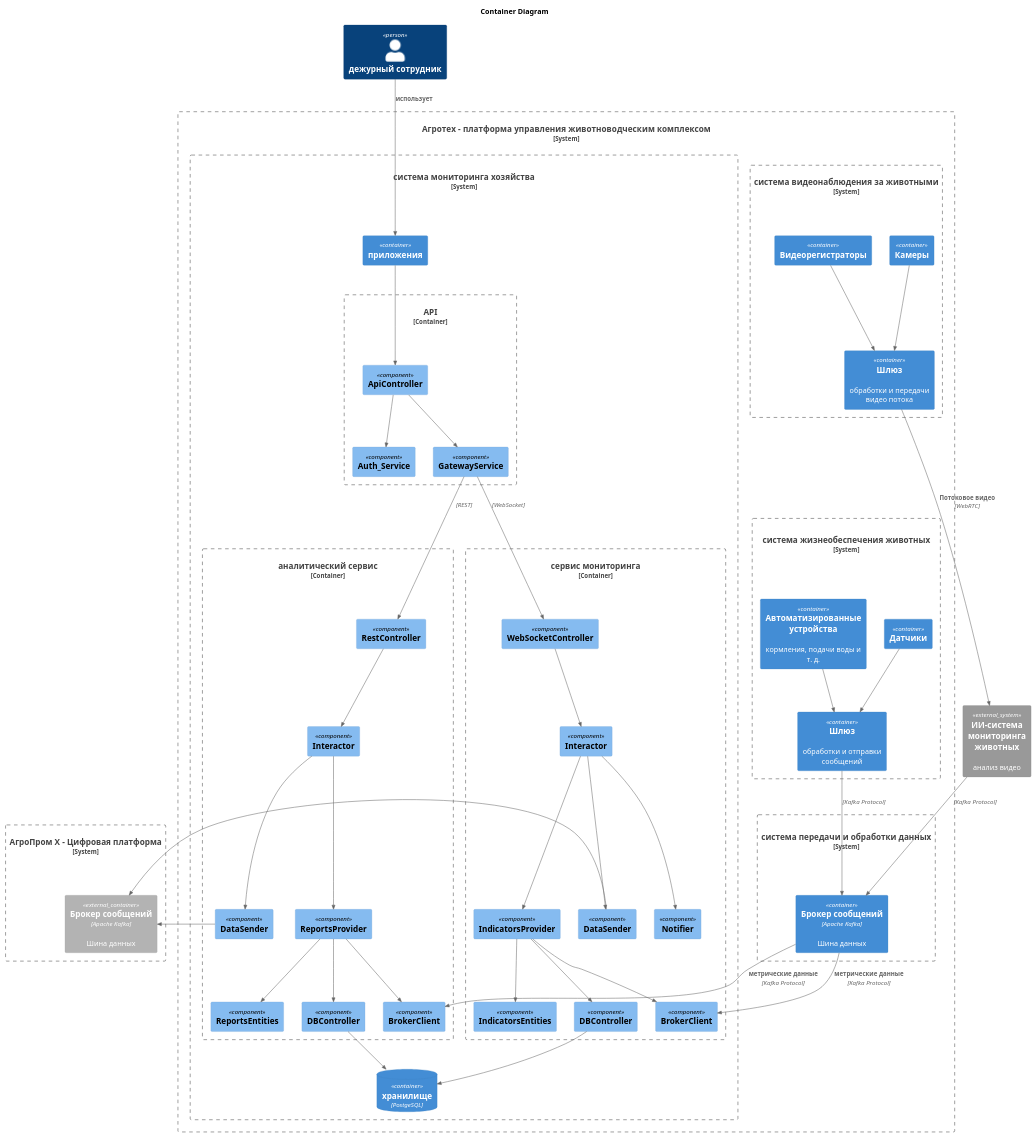
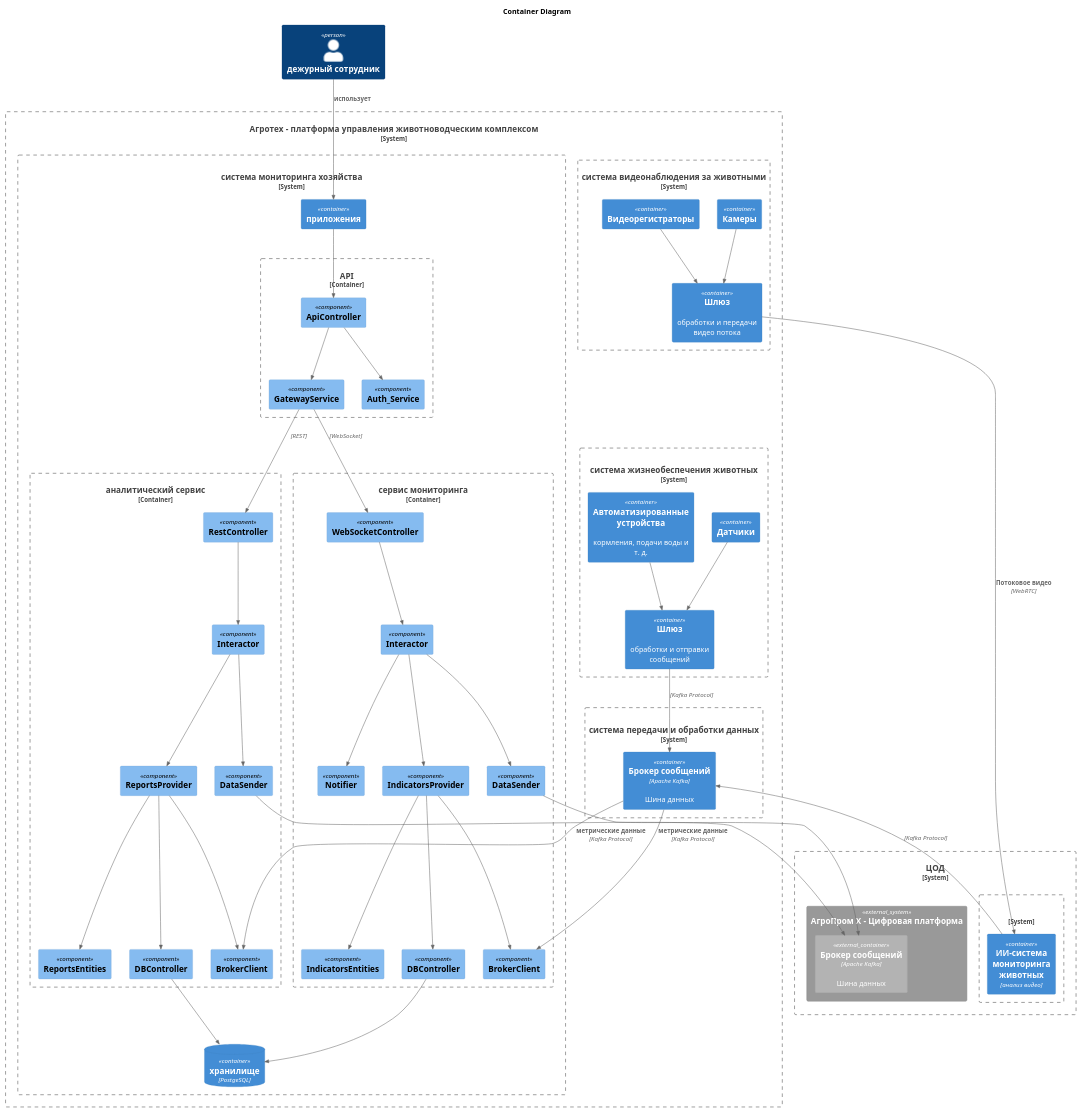
Before and after one commit to Bessolitsyn/MSA-AgroTech: the diagram in Task3/agrotech_v2_С3.puml, drawn with PlantUML. The commit also changed 8 other files, not shown here.

```diff
--- a/Task3/agrotech_v2_С3.puml
+++ b/Task3/agrotech_v2_С3.puml
@@ -1,107 +1,110 @@
 @startuml агро_V2
 
 !include https://raw.githubusercontent.com/plantuml-stdlib/C4-PlantUML/master/C4_Container.puml
 !include https://raw.githubusercontent.com/plantuml-stdlib/C4-PlantUML/master/C4_Component.puml
 
 ' !include C4_Context.puml
 ' !include C4_Container.puml
 ' !include C4_Component.puml
 title "Container Diagram"
 
 Person(сотрудник, "дежурный сотрудник")
 
 
 System_Boundary(платформа, "Агротех  - платформа управления животноводческим комплексом") {
 
     System_Boundary(databus, "система передачи и обработки данных", "сбор данных от технических систем, структурирование, хранение ") {        
         Container(broker, "Брокер сообщений","Apache Kafka", "Шина данных")       
     }
     System_Boundary(животноводство,"система жизнеобеспечения животных", "Мниторинг состояния технических средств(кормушки, поилки и др)") {
         Container(sensors, "Датчики", "", "")
         Container(gateway, "Шлюз", "", "обработки и отправки сообщений")
         Container(devices, "Автоматизированные устройства ", "", "кормления, подачи воды и т. д.")        
         Rel(sensors, gateway, "")
         Rel(devices, gateway, "")
         Rel(gateway, broker, "", "Kafka Protocol")
     }
     System_Boundary(видео,"система видеонаблюдения за животными", "") {
         Container(camera, "Камеры")
         Container(streaming, "Шлюз", "", "обработки и передачи видео потока")
         Container(recivers, " Видеорегистраторы")        
         Rel(camera, streaming, "")
         Rel(recivers, streaming, "")
         
     }
     System_Boundary(цуп, "система мониторинга хозяйства", "управление,  мониторинг, анализ, оповещение, отчетность") {
         Container_Boundary(api, "API"){
             Component(apiApiController,"ApiController")
             Component(apiAuth_Service,"Auth_Service")
             Component(apiGatewayService, "GatewayService")
             Rel(apiApiController, apiGatewayService, "")
             Rel(apiApiController, apiAuth_Service, "")
 
         }
         Container(app, "приложения")
         Container_Boundary(bi, "аналитический сервис", "", "вычисление показателей, трендов и др."){
             Component(biRestController, "RestController")
             Component(biBrokerClient, "BrokerClient")
             Component(biInteractor, "Interactor")
             Component(biReportsProvider, "ReportsProvider")
             Component(biReportsEntities, "ReportsEntities")
             Component(biDBController, "DBController")
              Component(biSender, "DataSender")
             Rel(biRestController, biInteractor,"")
             Rel(biInteractor, biReportsProvider,"")
             Rel(biInteractor, biSender,"")
             Rel(biReportsProvider, biBrokerClient,"")
             Rel(biReportsProvider, biDBController,"")
             Rel(biReportsProvider, biReportsEntities,"")
         }
         Container_Boundary(supervisor, "сервис мониторинга", "", "мониторинг состояния, оповещения"){
             Component(supervisorWebSocketController, "WebSocketController")
             Component(supervisorBrokerClient, "BrokerClient")
             Component(supervisorInteractor, "Interactor")
             Component(supervisorNotifier, "Notifier")
             Component(supervisorIndicatorsProvider, "IndicatorsProvider")
             Component(supervisorIndicatorsEntities, "IndicatorsEntities")
             Component(supervisorDBController, "DBController")
             Component(supervisorSender, "DataSender")
             Rel(supervisorWebSocketController, supervisorInteractor,"")
             Rel(supervisorInteractor, supervisorIndicatorsProvider,"")
             Rel(supervisorInteractor, supervisorNotifier,"")
             Rel(supervisorInteractor, supervisorSender,"")
             Rel(supervisorIndicatorsProvider, supervisorBrokerClient,"")
             Rel(supervisorIndicatorsProvider, supervisorDBController,"")
             Rel(supervisorIndicatorsProvider, supervisorIndicatorsEntities,"")
         }
         
         ContainerDb(storage, "xранилище","PostgeSQL", "")
         Rel(app, apiApiController, "")
         Rel(broker, biBrokerClient, "метрические данные", "Kafka Protocol")
         Rel(broker, supervisorBrokerClient, "метрические данные", "Kafka Protocol")
         Rel(biDBController, storage, "")
         Rel(supervisorDBController, storage, "")
         Rel(apiGatewayService, biRestController, "","REST")
         Rel(apiGatewayService, supervisorWebSocketController, "","WebSocket")
 
         
     }
 }
 
-System_Boundary(платформаX, "АгроПром Х - Цифровая платформа",""){
-    Container_Ext(kafka, "Брокер сообщений", "Apache Kafka", "Шина данных")
-    Rel_L(biSender, kafka, "")
-    Rel_L(supervisorSender, kafka, "")
+System_Boundary(платформа_, "ЦОД") {                    
+    System_Boundary(ai_,"",""){
+        Container(ai, "ИИ-система мониторинга животных", "анализ видео") 
+    }
+    System_Ext(платформаX, "АгроПром Х - Цифровая платформа",""){
+        Container_Ext(kafka, "Брокер сообщений", "Apache Kafka", "Шина данных")
+        Rel(biSender, kafka, "")
+        Rel(supervisorSender, kafka, "")
+    }            
 }
 
-
-System_Ext(ai, "ИИ-система мониторинга животных", "анализ видео") 
 Rel(streaming, ai, "Потоковое видео","WebRTC")        
 Rel(ai, broker, "", "Kafka Protocol")  
 Rel(сотрудник, app, "использует")   
    
 
 
 
 
 @enduml
```
